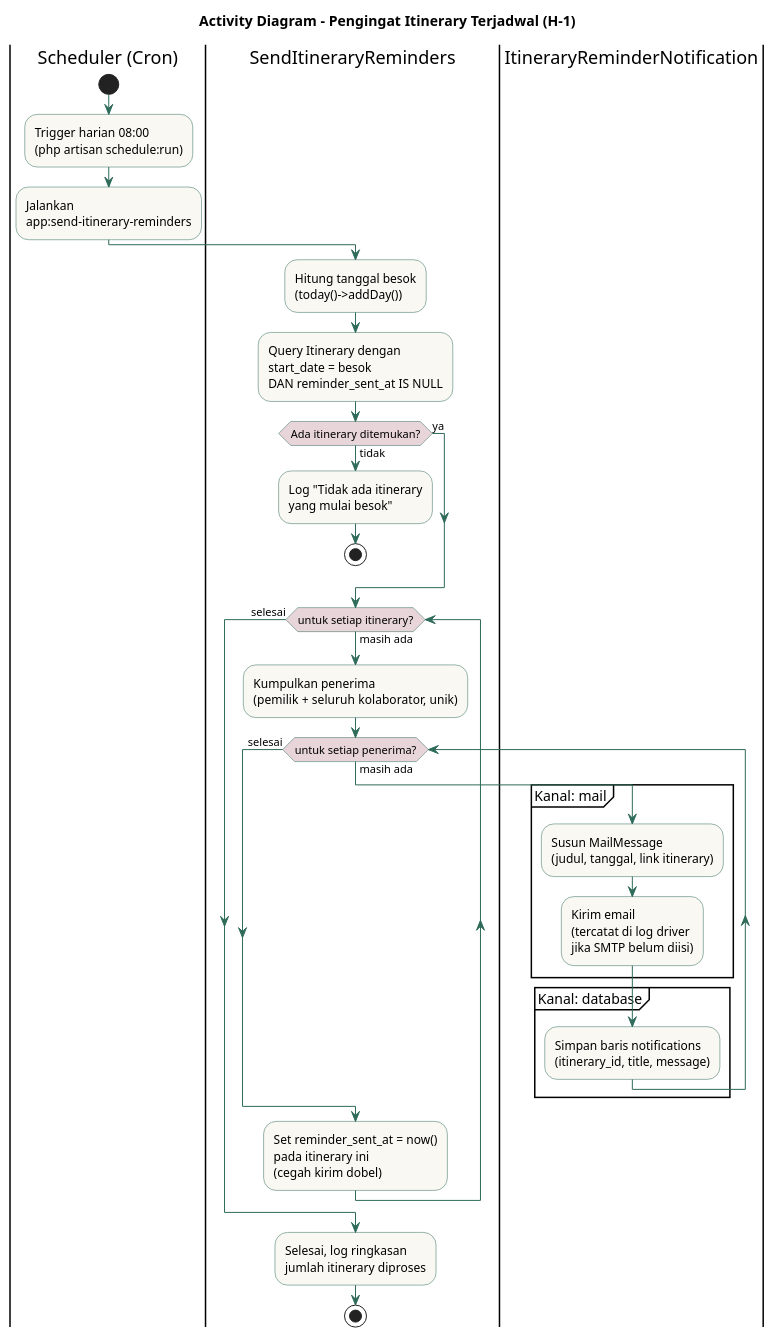
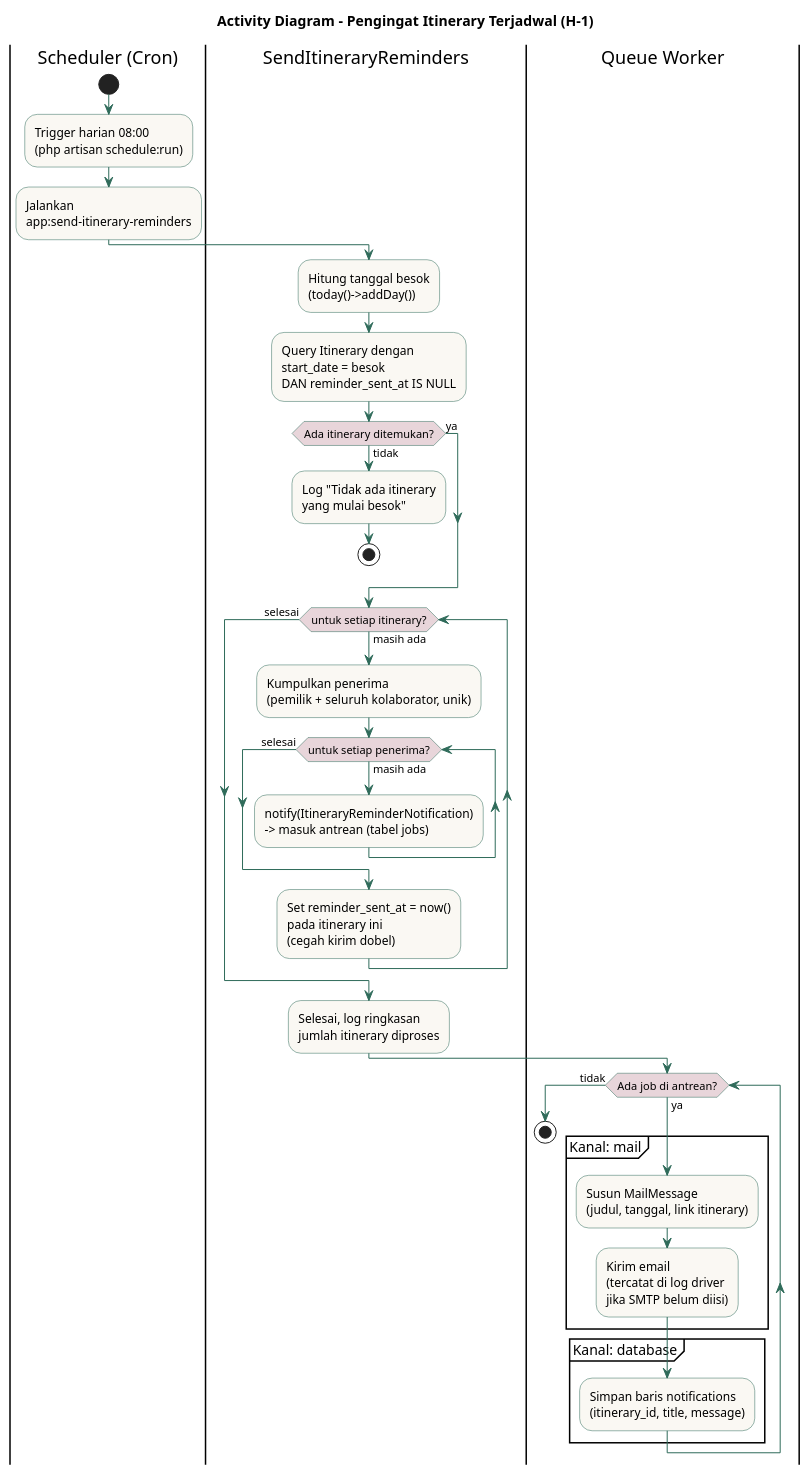
Before and after one commit to anugrahhhhh/tripplane-jogja-itenary: the diagram in docs/gabungan/uml-plantuml/06-activity-reminder.puml, drawn with PlantUML. The commit also changed 33 other files, not shown here.

First line of the commit message:
docs(uml): update combined (gabungan) PlantUML diagrams to current system

```diff
--- a/docs/gabungan/uml-plantuml/06-activity-reminder.puml
+++ b/docs/gabungan/uml-plantuml/06-activity-reminder.puml
@@ -1,45 +1,48 @@
 @startuml 06-activity-reminder
 title Activity Diagram - Pengingat Itinerary Terjadwal (H-1)
 
 skinparam activity {
   BackgroundColor #FAF8F3
   BorderColor #2F6B5A
   ArrowColor #2F6B5A
   DiamondBackgroundColor #E8D5DA
 }
 
 |Scheduler (Cron)|
 start
 :Trigger harian 08:00\n(php artisan schedule:run);
 :Jalankan\napp:send-itinerary-reminders;
 
 |SendItineraryReminders|
 :Hitung tanggal besok\n(today()->addDay());
 :Query Itinerary dengan\nstart_date = besok\nDAN reminder_sent_at IS NULL;
 
 if (Ada itinerary ditemukan?) then (tidak)
   :Log "Tidak ada itinerary\nyang mulai besok";
   stop
 else (ya)
 endif
 
 while (untuk setiap itinerary?) is (masih ada)
   :Kumpulkan penerima\n(pemilik + seluruh kolaborator, unik);
   while (untuk setiap penerima?) is (masih ada)
-    |ItineraryReminderNotification|
-    partition "Kanal: mail" {
-      :Susun MailMessage\n(judul, tanggal, link itinerary);
-      :Kirim email\n(tercatat di log driver\njika SMTP belum diisi);
-    }
-    partition "Kanal: database" {
-      :Simpan baris notifications\n(itinerary_id, title, message);
-    }
-    |SendItineraryReminders|
+    :notify(ItineraryReminderNotification)\n-> masuk antrean (tabel jobs);
   endwhile (selesai)
   :Set reminder_sent_at = now()\npada itinerary ini\n(cegah kirim dobel);
 endwhile (selesai)
 
 :Selesai, log ringkasan\njumlah itinerary diproses;
+
+|Queue Worker|
+while (Ada job di antrean?) is (ya)
+  partition "Kanal: mail" {
+    :Susun MailMessage\n(judul, tanggal, link itinerary);
+    :Kirim email\n(tercatat di log driver\njika SMTP belum diisi);
+  }
+  partition "Kanal: database" {
+    :Simpan baris notifications\n(itinerary_id, title, message);
+  }
+endwhile (tidak)
 stop
 
 @enduml
```
